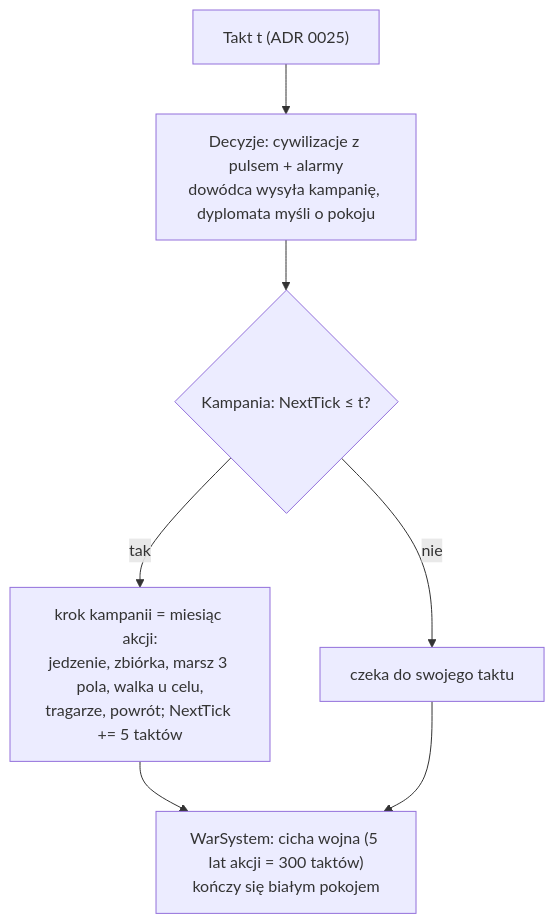
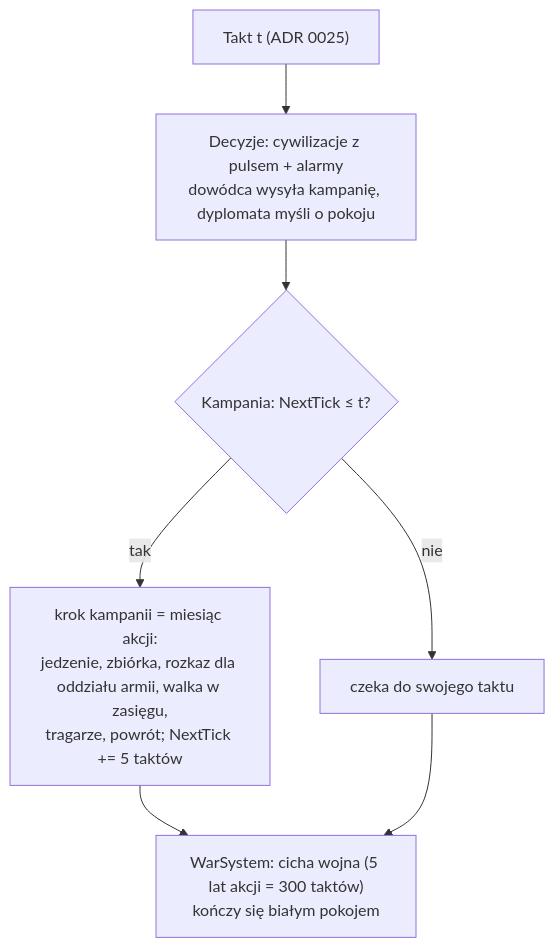
The diagram in docs/systems/episodes.md (CoStellar/CivSim2), drawn with Mermaid before and after one commit. The commit also changed other lines of this file and 6 other files, not shown here.

````diff
--- a/docs/systems/episodes.md
+++ b/docs/systems/episodes.md
@@ -16,9 +16,9 @@
 ```mermaid
 flowchart TD
   T["Takt t (ADR 0025)"] --> D["Decyzje: cywilizacje z pulsem + alarmy<br/>dowódca wysyła kampanię, dyplomata myśli o pokoju"]
   D --> C{"Kampania: NextTick ≤ t?"}
-  C -- tak --> S["krok kampanii = miesiąc akcji:<br/>jedzenie, zbiórka, marsz 3 pola, walka u celu,<br/>tragarze, powrót; NextTick += 5 taktów"]
+  C -- tak --> S["krok kampanii = miesiąc akcji:<br/>jedzenie, zbiórka, rozkaz dla oddziału armii, walka w zasięgu,<br/>tragarze, powrót; NextTick += 5 taktów"]
   C -- nie --> N["czeka do swojego taktu"]
   S --> W["WarSystem: cicha wojna (5 lat akcji = 300 taktów)<br/>kończy się białym pokojem"]
   N --> W
 ```
````
